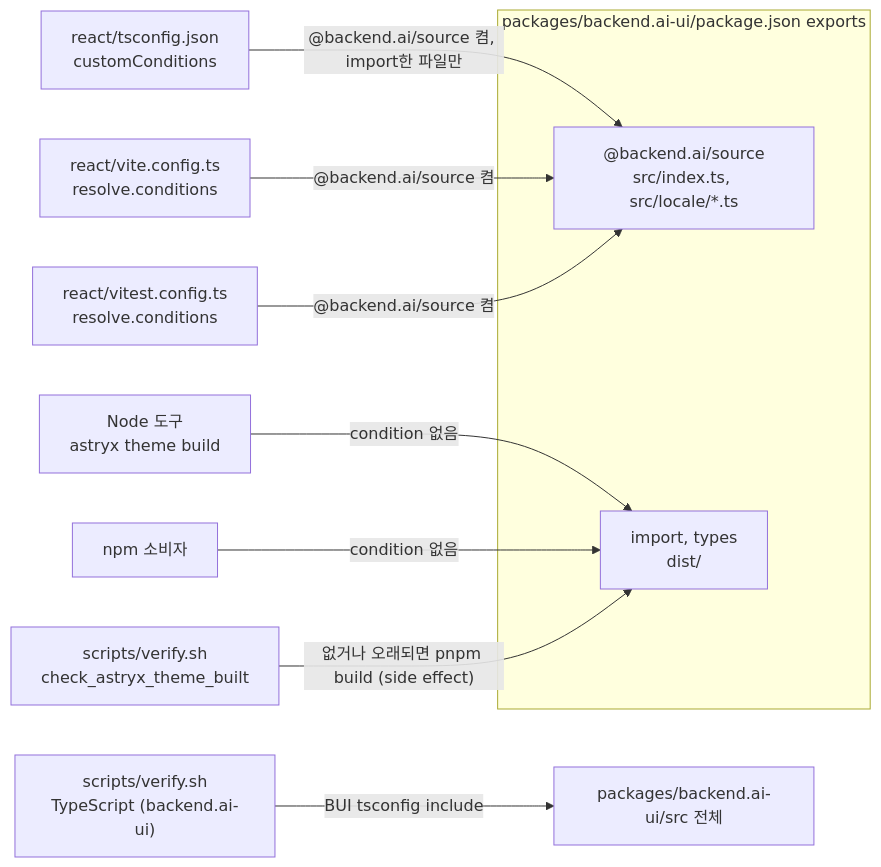
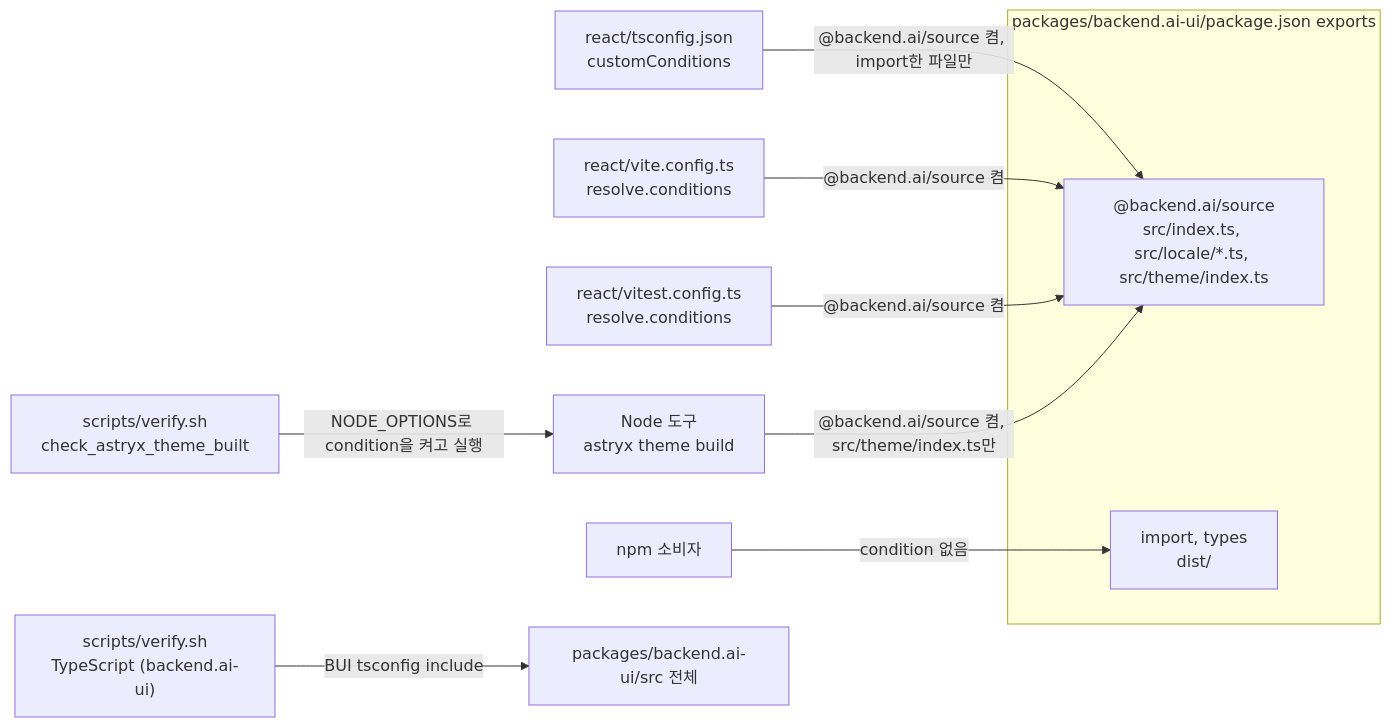
One commit to lablup/backend.ai-webui changed the diagram in docs/adr/0013-source-export-condition-for-backend-ai-ui.md. Above: the diagram before and after it, drawn with Mermaid. The commit also changed other lines of this file and 9 other files, not shown here.

First line of the commit message:
refactor(#10409): publish BUI's theme tokens as backend.ai-ui/theme

````diff
--- a/docs/adr/0013-source-export-condition-for-backend-ai-ui.md
+++ b/docs/adr/0013-source-export-condition-for-backend-ai-ui.md
@@ -21,22 +21,22 @@
 ```mermaid
 flowchart LR
   subgraph bui["packages/backend.ai-ui/package.json exports"]
-    src["@backend.ai/source<br/>src/index.ts, src/locale/*.ts"]
+    src["@backend.ai/source<br/>src/index.ts, src/locale/*.ts, src/theme/index.ts"]
     dist["import, types<br/>dist/"]
   end
   tsc["react/tsconfig.json<br/>customConditions"]
   vite["react/vite.config.ts<br/>resolve.conditions"]
   vitest["react/vitest.config.ts<br/>resolve.conditions"]
   node["Node 도구<br/>astryx theme build"]
   npm["npm 소비자"]
   verify["scripts/verify.sh<br/>check_astryx_theme_built"]
   buitsc["scripts/verify.sh<br/>TypeScript (backend.ai-ui)"]
   srcdir["packages/backend.ai-ui/src 전체"]
   tsc -- "@backend.ai/source 켬, import한 파일만" --> src
   buitsc -- "BUI tsconfig include" --> srcdir
   vite -- "@backend.ai/source 켬" --> src
   vitest -- "@backend.ai/source 켬" --> src
-  node -- "condition 없음" --> dist
+  verify -- "NODE_OPTIONS로 condition을 켜고 실행" --> node
+  node -- "@backend.ai/source 켬, src/theme/index.ts만" --> src
   npm -- "condition 없음" --> dist
-  verify -- "없거나 오래되면 pnpm build (side effect)" --> dist
 ```
````
